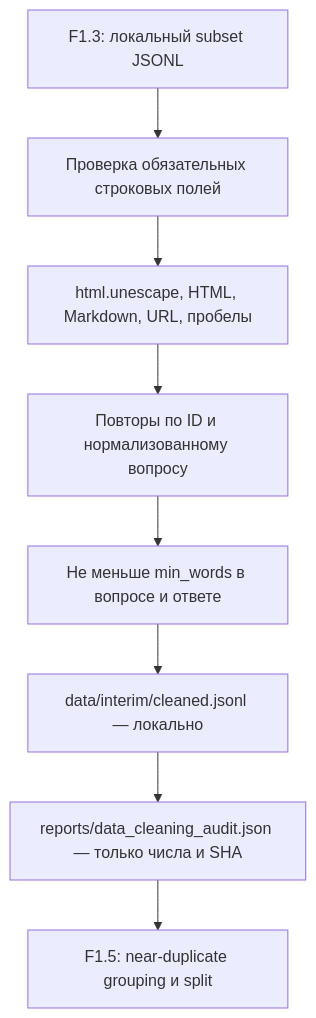
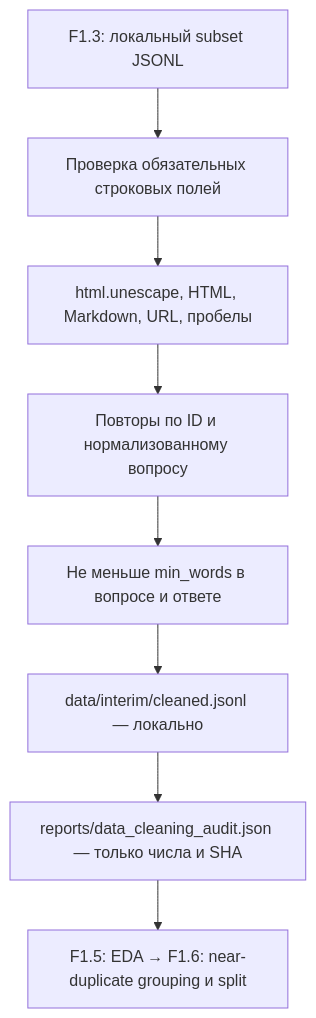
One commit to trasher88/ml-engineering-lab changed the diagram in docs/steps/F1_04_cleaning.md. Above: the diagram before and after it, drawn with Mermaid. The commit also changed other lines of this file and 12 other files, not shown here.

````diff
--- a/docs/steps/F1_04_cleaning.md
+++ b/docs/steps/F1_04_cleaning.md
@@ -28,10 +28,10 @@
 ```mermaid
 flowchart TD
     A["F1.3: локальный subset JSONL"] --> B["Проверка обязательных строковых полей"]
     B --> C["html.unescape, HTML, Markdown, URL, пробелы"]
     C --> D["Повторы по ID и нормализованному вопросу"]
     D --> E["Не меньше min_words в вопросе и ответе"]
     E --> F["data/interim/cleaned.jsonl — локально"]
     F --> G["reports/data_cleaning_audit.json — только числа и SHA"]
-    G --> H["F1.5: near-duplicate grouping и split"]
+    G --> H["F1.5: EDA → F1.6: near-duplicate grouping и split"]
 ```
````
